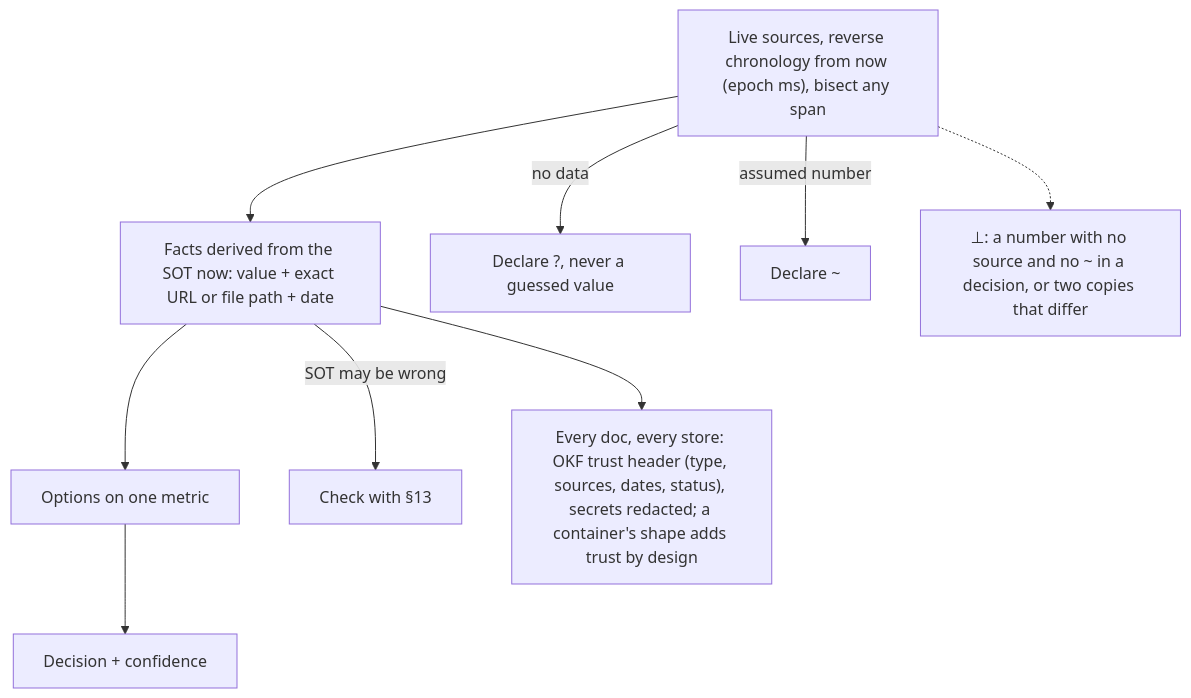
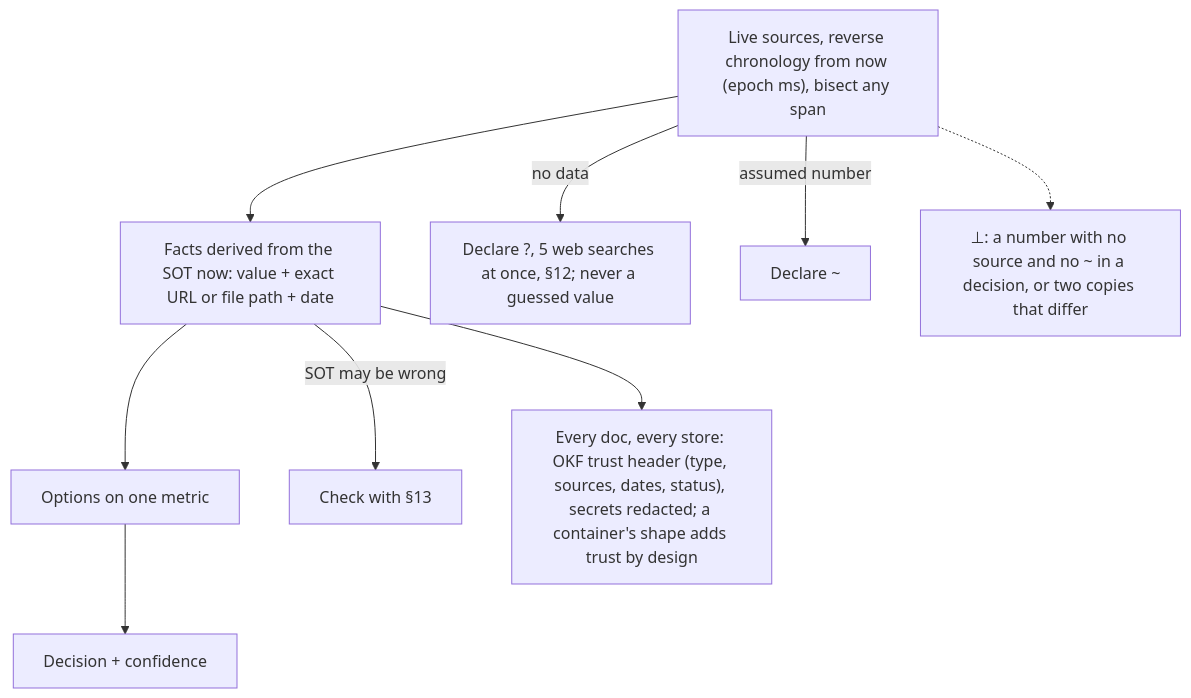
The sixth of 14 diagrams in AGENTS.md (SolenixAI/arbiter), drawn with Mermaid before and after one commit. The commit also changed other lines of this file and 2 other files, not shown here.

First line of the commit message:
feat(agents): agents never stop at 99%: one correct way, real journeys, observed in the user's view (#49)

````diff
--- a/AGENTS.md
+++ b/AGENTS.md
@@ -303,10 +310,10 @@
 ```mermaid
 flowchart TD
   D["Live sources, reverse chronology from now (epoch ms), bisect any span"] --> E[Facts derived from the SOT now: value + exact URL or file path + date]
   E --> O[Options on one metric] --> C[Decision + confidence]
-  D -->|no data| U["Declare ?, never a guessed value"]
+  D -->|no data| U["Declare ?, 5 web searches at once, §12; never a guessed value"]
   D -->|assumed number| U2["Declare ~"]
   E -->|SOT may be wrong| S13[Check with §13]
   E --> K["Every doc, every store: OKF trust header (type, sources, dates, status), secrets redacted; a container's shape adds trust by design"]
   D -.-> BOT["⊥: a number with no source and no ~ in a decision, or two copies that differ"]
 ```
````
